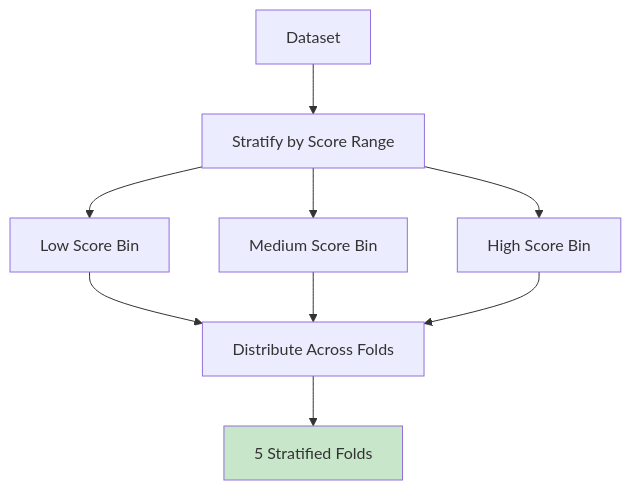
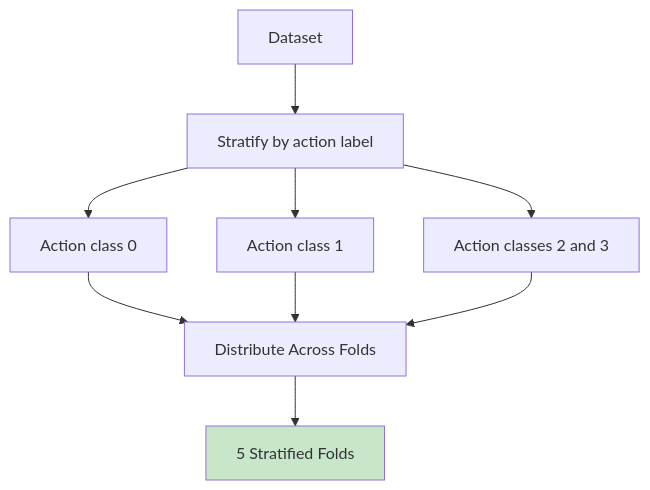
The third of 11 diagrams in plans/05-Model/04-Evaluation/02-cross-validation.md (Evintkoo/2048-ml), drawn with Mermaid before and after one commit. The commit also changed other lines of this file and 67 other files, not shown here.

````diff
--- a/plans/05-Model/04-Evaluation/02-cross-validation.md
+++ b/plans/05-Model/04-Evaluation/02-cross-validation.md
@@ -88,16 +86,16 @@
 ```mermaid
 flowchart TD
     Data[Dataset]
-    Data --> Stratify[Stratify by Score Range]
-    Stratify --> Bin1[Low Score Bin]
-    Stratify --> Bin2[Medium Score Bin]
-    Stratify --> Bin3[High Score Bin]
+    Data --> Stratify[Stratify by action label]
+    Stratify --> Bin1[Action class 0]
+    Stratify --> Bin2[Action class 1]
+    Stratify --> Bin3[Action classes 2 and 3]
     
     Bin1 --> Distribute[Distribute Across Folds]
     Bin2 --> Distribute
     Bin3 --> Distribute
     
     Distribute --> KFold[5 Stratified Folds]
     
     style KFold fill:#c8e6c9
 ```
````
